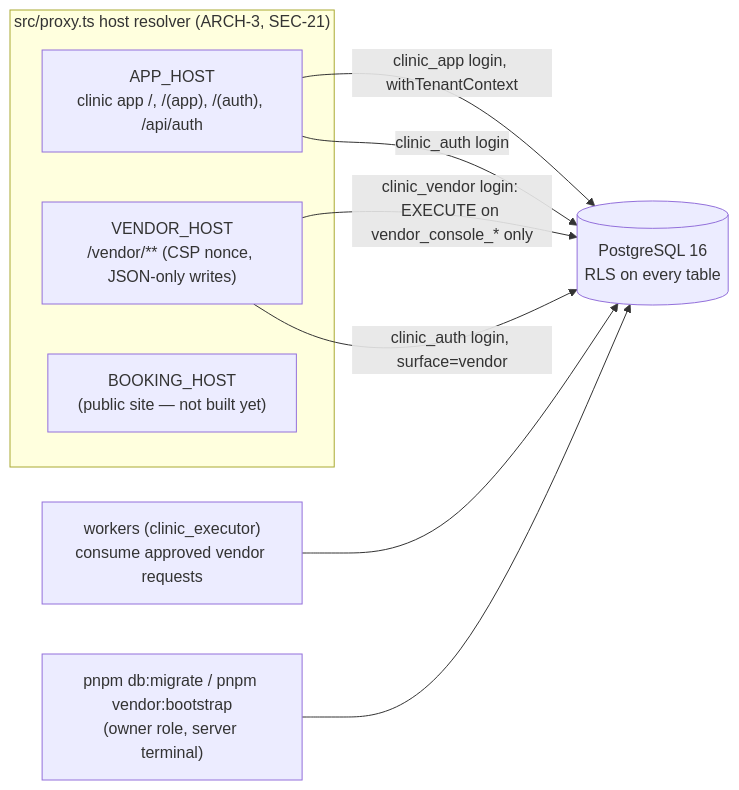
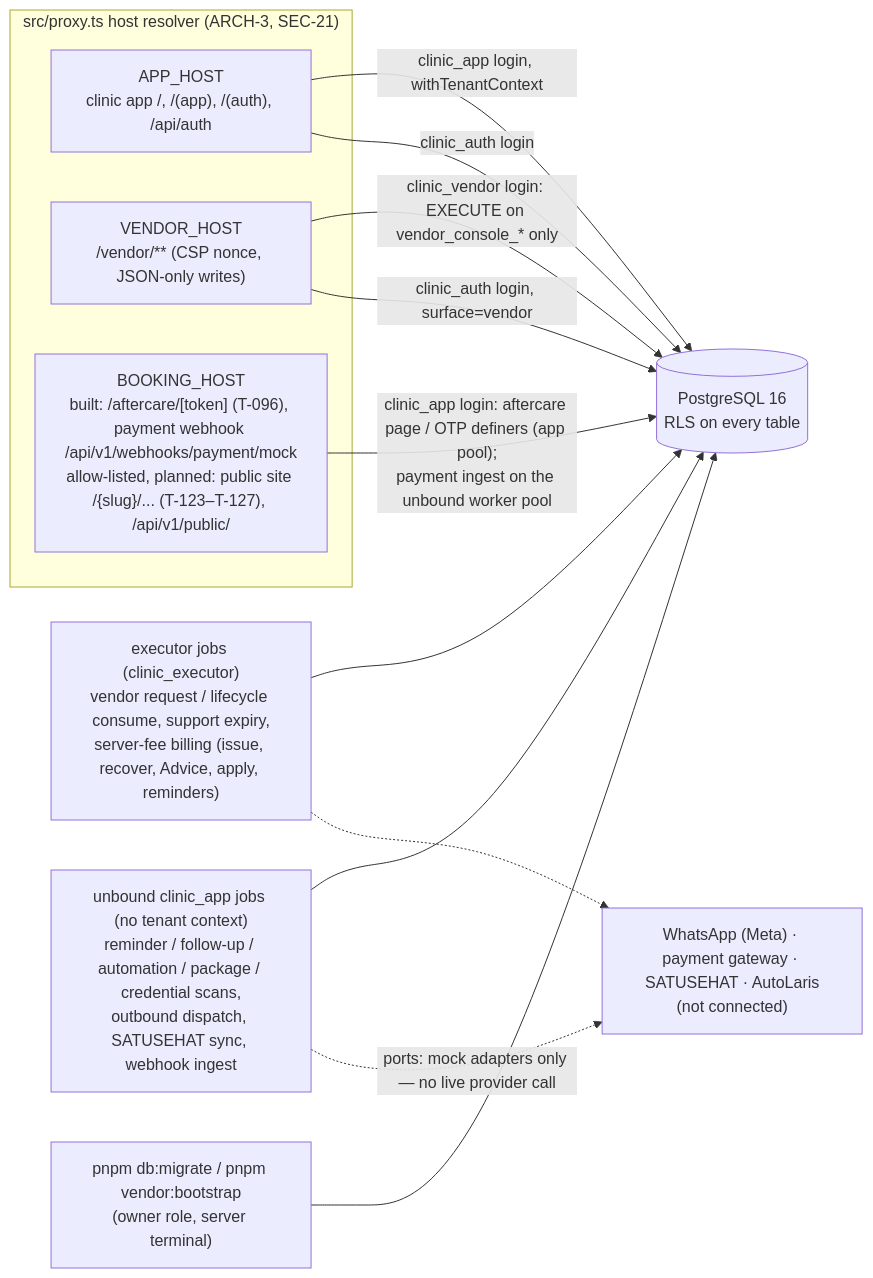
One commit to ongkipro/clinic-dashboard changed the diagram in ARCHITECTURE.md. Above: the diagram before and after it, drawn with Mermaid. The commit also changed other lines of this file and 40 other files, not shown here.

````diff
--- a/ARCHITECTURE.md
+++ b/ARCHITECTURE.md
@@ -18,14 +20,18 @@
 ```mermaid
 flowchart LR
   subgraph Hosts["src/proxy.ts host resolver (ARCH-3, SEC-21)"]
     APP["APP_HOST\nclinic app /, /(app), /(auth), /api/auth"]
     VEN["VENDOR_HOST\n/vendor/** (CSP nonce, JSON-only writes)"]
-    BOOK["BOOKING_HOST\n(public site — not built yet)"]
+    BOOK["BOOKING_HOST\nbuilt: /aftercare/[token] (T-096), payment webhook /api/v1/webhooks/payment/mock\nallow-listed, planned: public site /{slug}/... (T-123–T-127), /api/v1/public/"]
   end
-  APP -->|clinic_app login, withTenantContext| DB[(PostgreSQL 16\nRLS on every table)]
-  APP -->|clinic_auth login| DB
-  VEN -->|clinic_vendor login: EXECUTE on vendor_console_* only| DB
-  VEN -->|clinic_auth login, surface=vendor| DB
-  EXEC["workers (clinic_executor)\nconsume approved vendor requests"] --> DB
+  APP -->|"clinic_app login, withTenantContext"| DB[(PostgreSQL 16\nRLS on every table)]
+  BOOK -->|"clinic_app login: aftercare page / OTP definers (app pool);\npayment ingest on the unbound worker pool"| DB
+  APP -->|"clinic_auth login"| DB
+  VEN -->|"clinic_vendor login: EXECUTE on vendor_console_* only"| DB
+  VEN -->|"clinic_auth login, surface=vendor"| DB
+  EXEC["executor jobs (clinic_executor)\nvendor request / lifecycle consume, support expiry,\nserver-fee billing (issue, recover, Advice, apply, reminders)"] --> DB
+  JOBS["unbound clinic_app jobs (no tenant context)\nreminder / follow-up / automation / package / credential scans,\noutbound dispatch, SATUSEHAT sync, webhook ingest"] --> DB
   OPS["pnpm db:migrate / pnpm vendor:bootstrap\n(owner role, server terminal)"] --> DB
+  JOBS -.->|"ports: mock adapters only — no live provider call"| EXT["WhatsApp (Meta) · payment gateway · SATUSEHAT · AutoLaris\n(not connected)"]
+  EXEC -.-> EXT
 ```
````
